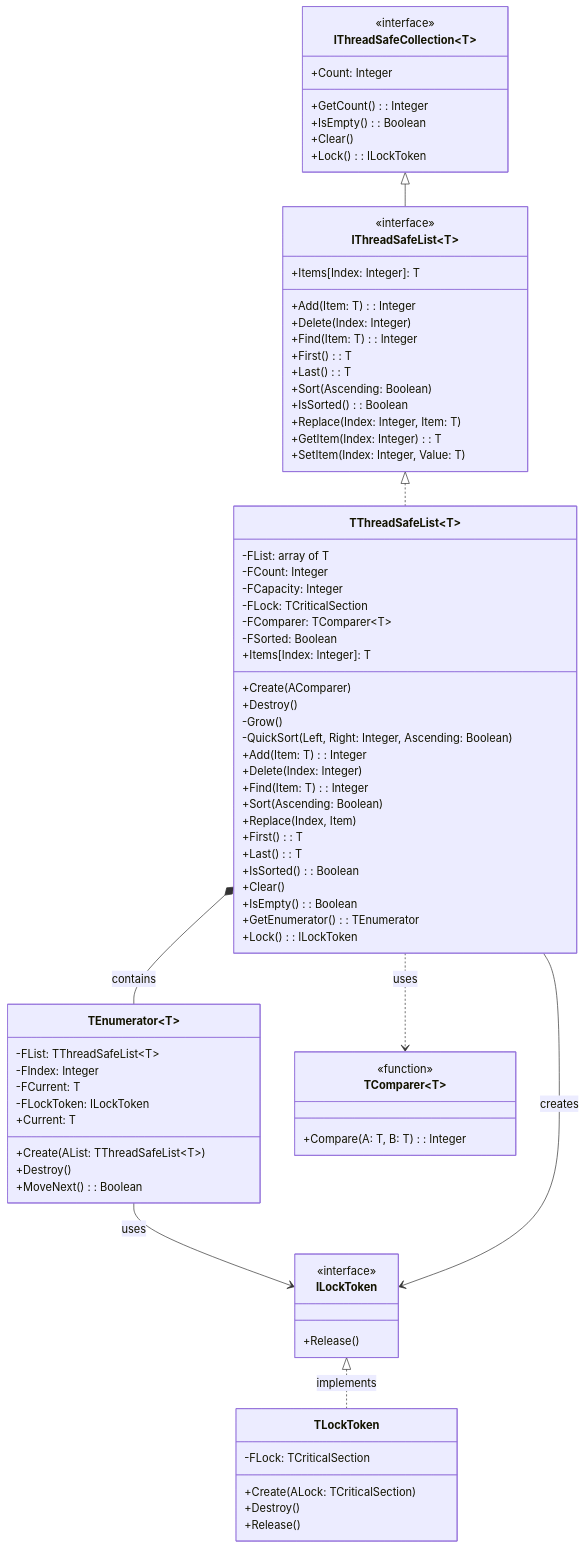
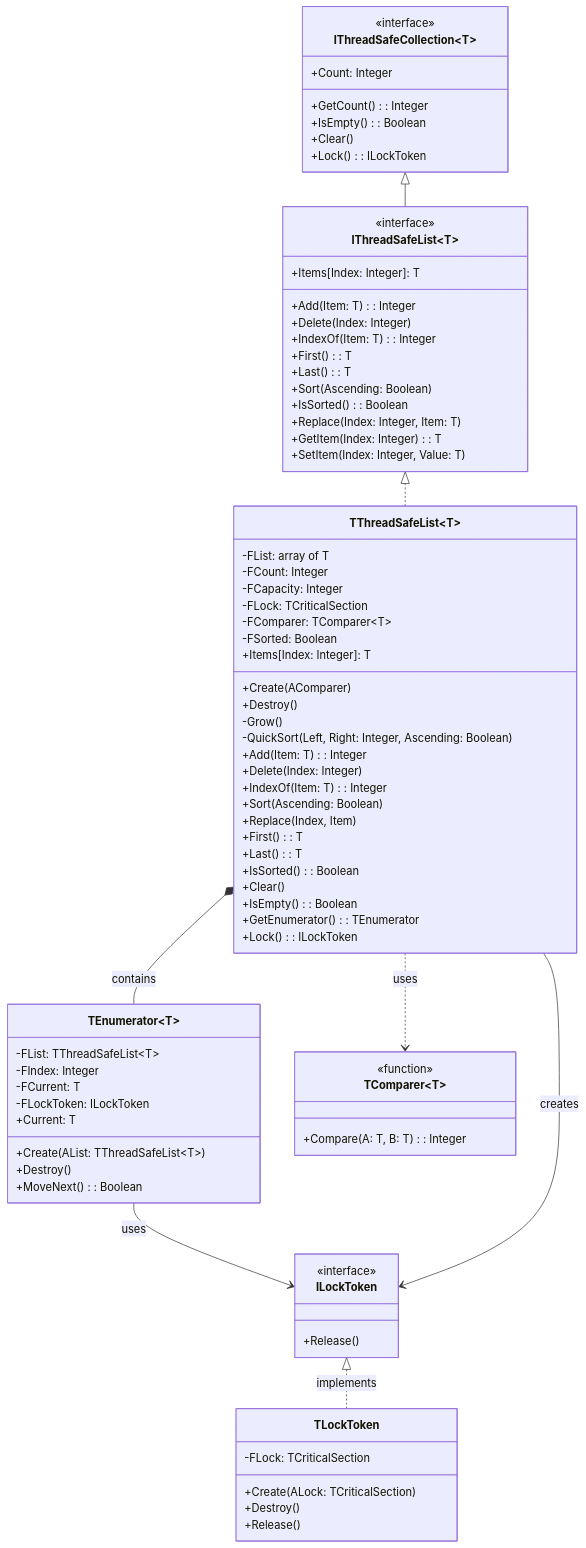
Before and after one commit to ikelaiah/threadsafecollections-fp: the diagram in docs/ThreadSafeCollections.List.md, drawn with Mermaid. The commit also changed other lines of this file and 1 other file, not shown here.

```diff
--- a/docs/ThreadSafeCollections.List.md
+++ b/docs/ThreadSafeCollections.List.md
@@ -17,7 +17,7 @@
         <<interface>>
         +Add(Item: T): Integer
         +Delete(Index: Integer)
-        +Find(Item: T): Integer
+        +IndexOf(Item: T): Integer
         +First(): T
         +Last(): T
         +Sort(Ascending: Boolean)
@@ -41,7 +41,7 @@
         -QuickSort(Left, Right: Integer, Ascending: Boolean)
         +Add(Item: T): Integer
         +Delete(Index: Integer)
-        +Find(Item: T): Integer
+        +IndexOf(Item: T): Integer
         +Sort(Ascending: Boolean)
         +Replace(Index, Item)
         +First(): T
```
